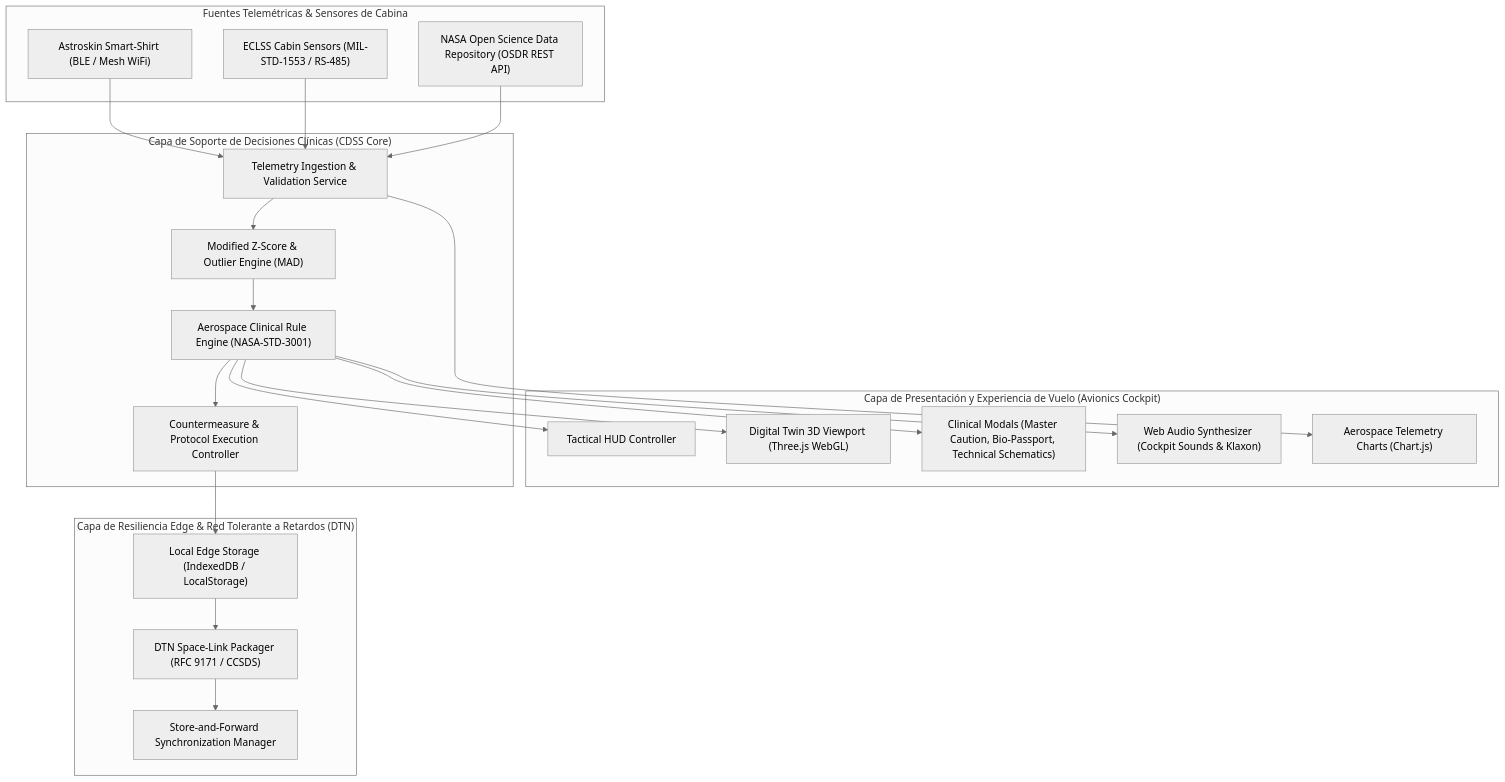
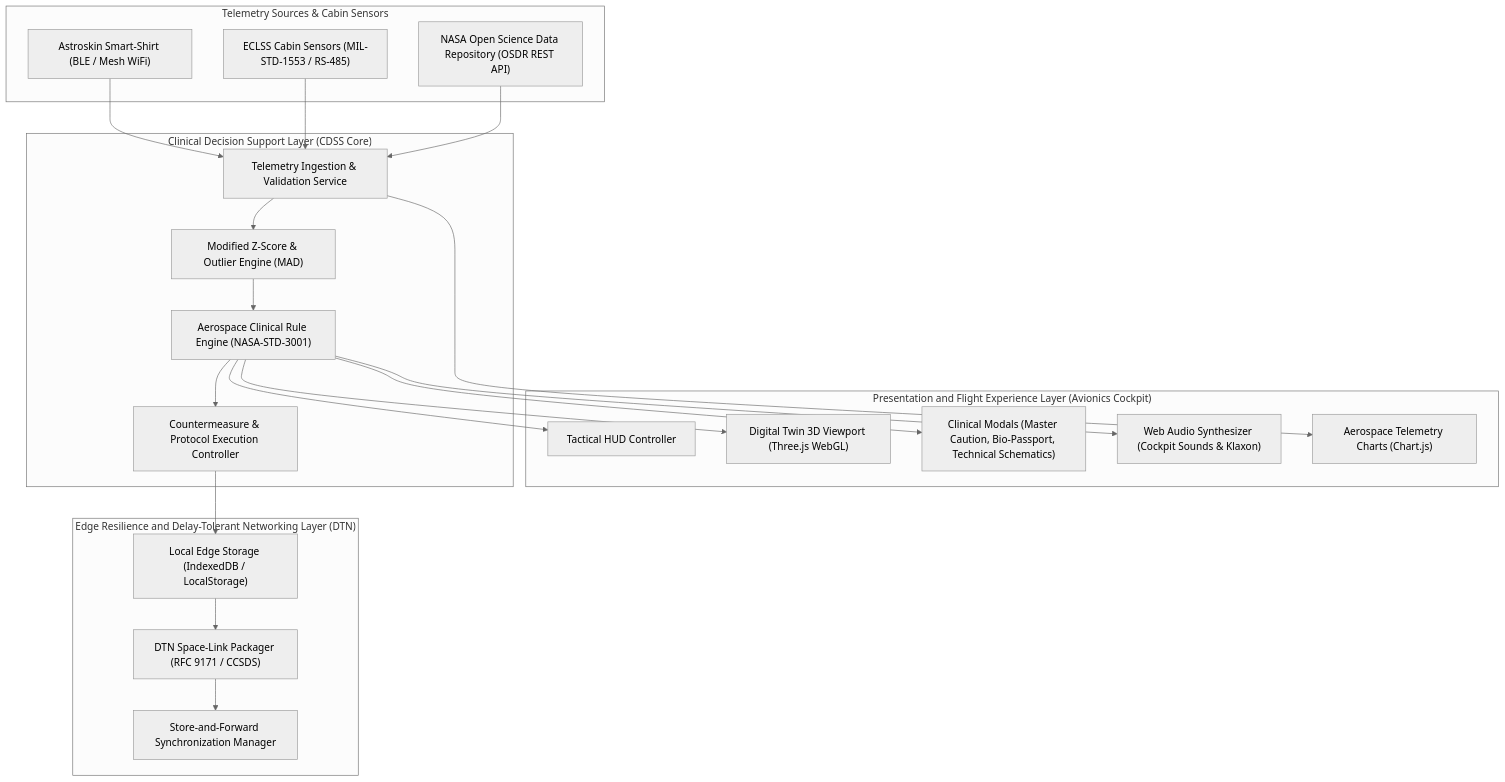
The fifth of 6 diagrams in docs/SDD – Software Design Description ASTHA.md (angelcontres/ASTHA-SpaceApps), drawn with Mermaid (neutral theme) before and after one commit. The commit also changed other lines of this file and 46 other files, not shown here.

````diff
--- a/docs/SDD – Software Design Description ASTHA.md
+++ b/docs/SDD – Software Design Description ASTHA.md
@@ -320,47 +320,47 @@
 ```mermaid
 flowchart TB
-    subgraph UI_Layer ["Capa de Presentación y Experiencia de Vuelo (Avionics Cockpit)"]
+    subgraph UI_Layer ["Presentation and Flight Experience Layer (Avionics Cockpit)"]
         HUD["Tactical HUD Controller"]
         ThreeJS["Digital Twin 3D Viewport (Three.js WebGL)"]
         ChartTelemetry["Aerospace Telemetry Charts (Chart.js)"]
         Modals["Clinical Modals (Master Caution, Bio-Passport, Technical Schematics)"]
         AudioFX["Web Audio Synthesizer (Cockpit Sounds & Klaxon)"]
     end
 
-    subgraph CDSS_Layer ["Capa de Soporte de Decisiones Clínicas (CDSS Core)"]
+    subgraph CDSS_Layer ["Clinical Decision Support Layer (CDSS Core)"]
         IngestionService["Telemetry Ingestion & Validation Service"]
         MAD_Engine["Modified Z-Score & Outlier Engine (MAD)"]
         ClinicalRules["Aerospace Clinical Rule Engine (NASA-STD-3001)"]
         CountermeasureCtrl["Countermeasure & Protocol Execution Controller"]
     end
 
-    subgraph Storage_DTN ["Capa de Resiliencia Edge & Red Tolerante a Retardos (DTN)"]
+    subgraph Storage_DTN ["Edge Resilience and Delay-Tolerant Networking Layer (DTN)"]
         LocalStore["Local Edge Storage (IndexedDB / LocalStorage)"]
         DtnPackager["DTN Space-Link Packager (RFC 9171 / CCSDS)"]
         SyncManager["Store-and-Forward Synchronization Manager"]
     end
 
-    subgraph External_Sensors ["Fuentes Telemétricas & Sensores de Cabina"]
+    subgraph External_Sensors ["Telemetry Sources & Cabin Sensors"]
         AstroskinBLE["Astroskin Smart-Shirt (BLE / Mesh WiFi)"]
         ECLSS_Bus["ECLSS Cabin Sensors (MIL-STD-1553 / RS-485)"]
         OSDR_API["NASA Open Science Data Repository (OSDR REST API)"]
     end
 
     AstroskinBLE --> IngestionService
     ECLSS_Bus --> IngestionService
     OSDR_API --> IngestionService
 
     IngestionService --> MAD_Engine
     MAD_Engine --> ClinicalRules
     ClinicalRules --> CountermeasureCtrl
 
     ClinicalRules --> HUD
     ClinicalRules --> ThreeJS
     ClinicalRules --> Modals
     ClinicalRules --> AudioFX
     IngestionService --> ChartTelemetry
 
     CountermeasureCtrl --> LocalStore
     LocalStore --> DtnPackager
     DtnPackager --> SyncManager
 ```
````
